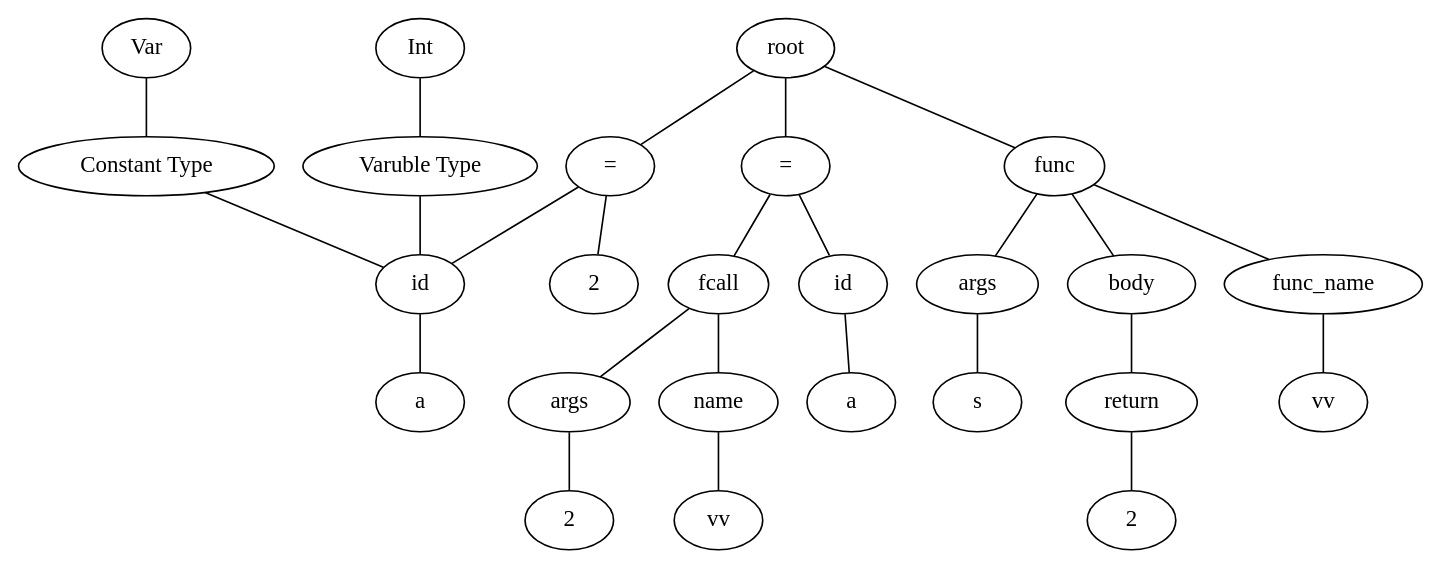
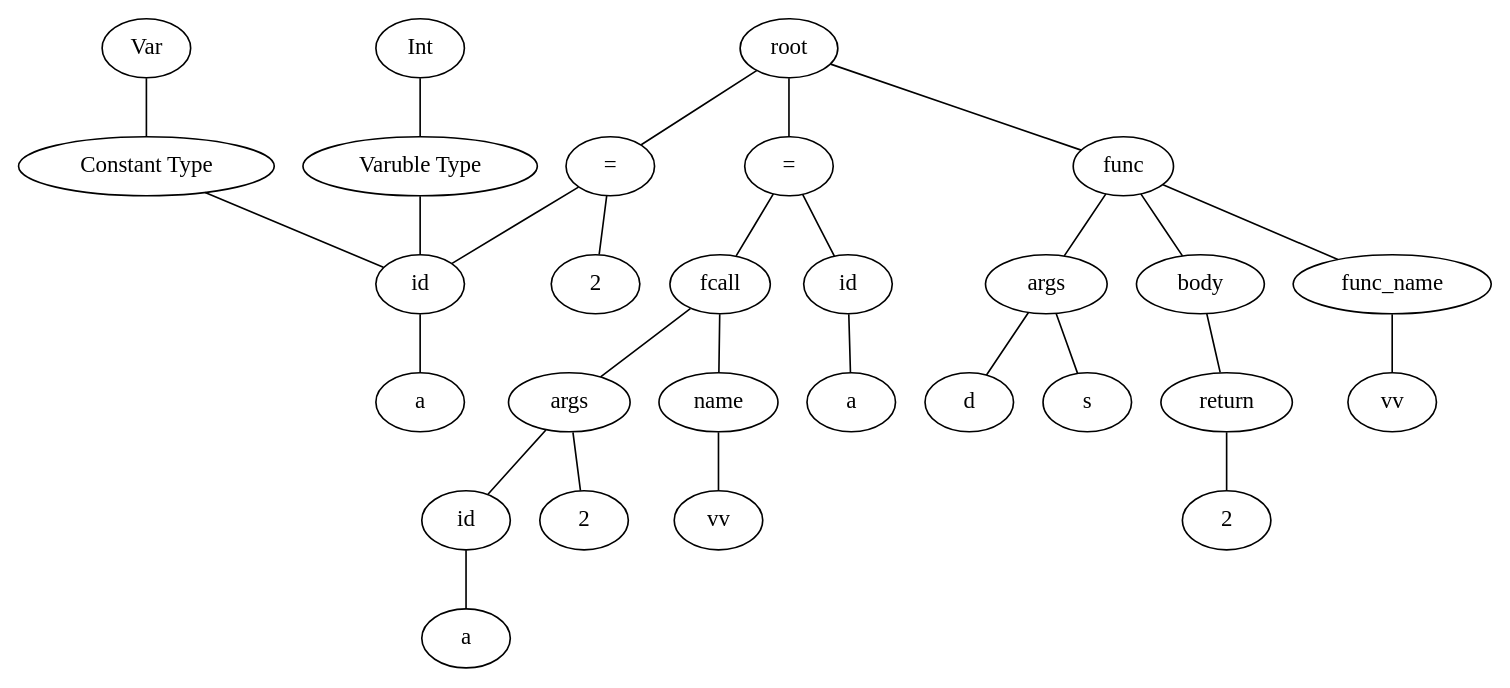
One commit to TAIIOK/SwiftCompilerToJavaByteCode changed the diagram in build/file.dot. Above: the diagram before and after it, drawn with Graphviz. The commit also changed 6 other files, not shown here.

```diff
--- a/build/file.dot
+++ b/build/file.dot
@@ -1,51 +1,57 @@
 graph graphname {
 root;
 assign0[label = "="];
 root--assign0;
 expr0[label = "id"];
 assign0--expr0;
 type0[label = "Varuble Type"];
 type0--expr0;
 type1[label = "Int"];
 type1--type0;
 consttype0[label = "Constant Type"];
 consttype0--expr0;
 consttype1[label = "Var"];
 consttype1--consttype0;
 expr1[label = "a"];
 expr0--expr1;
 expr2[label = "2"];
 assign0--expr2;
 func0[label = "func"];
 root--func0;
 func0name[label = "func_name"];
 expr3[label = "vv"];
 func0name--expr3;
 func0--func0name;
 func0args[label = " args "];
 func0 -- func0args;
 expr4[label = "s"];
 func0args--expr4;
+expr5[label = "d"];
+func0args--expr5;
 func0body[label = " body "];
 func0 -- func0body;
 return1[label = "return"];
 func0body--return1;
-expr5[label = "2"];
-return1--expr5;
+expr6[label = "2"];
+return1--expr6;
 assign2[label = "="];
 root--assign2;
-expr6[label = "id"];
-assign2--expr6;
-expr7[label = "a"];
-expr6--expr7;
-expr8[label = "fcall"];
-assign2--expr8;
-expr8name[label = "name"];
-expr9[label = "vv"];
-expr8name--expr9;
-expr8--expr8name;
-expr8args[label = " args "];
-expr8 -- expr8args;
-expr10[label = "2"];
-expr8args--expr10;
+expr7[label = "id"];
+assign2--expr7;
+expr8[label = "a"];
+expr7--expr8;
+expr9[label = "fcall"];
+assign2--expr9;
+expr9name[label = "name"];
+expr10[label = "vv"];
+expr9name--expr10;
+expr9--expr9name;
+expr9args[label = " args "];
+expr9 -- expr9args;
+expr11[label = "id"];
+expr9args--expr11;
+expr12[label = "a"];
+expr11--expr12;
+expr13[label = "2"];
+expr9args--expr13;
 }
```
